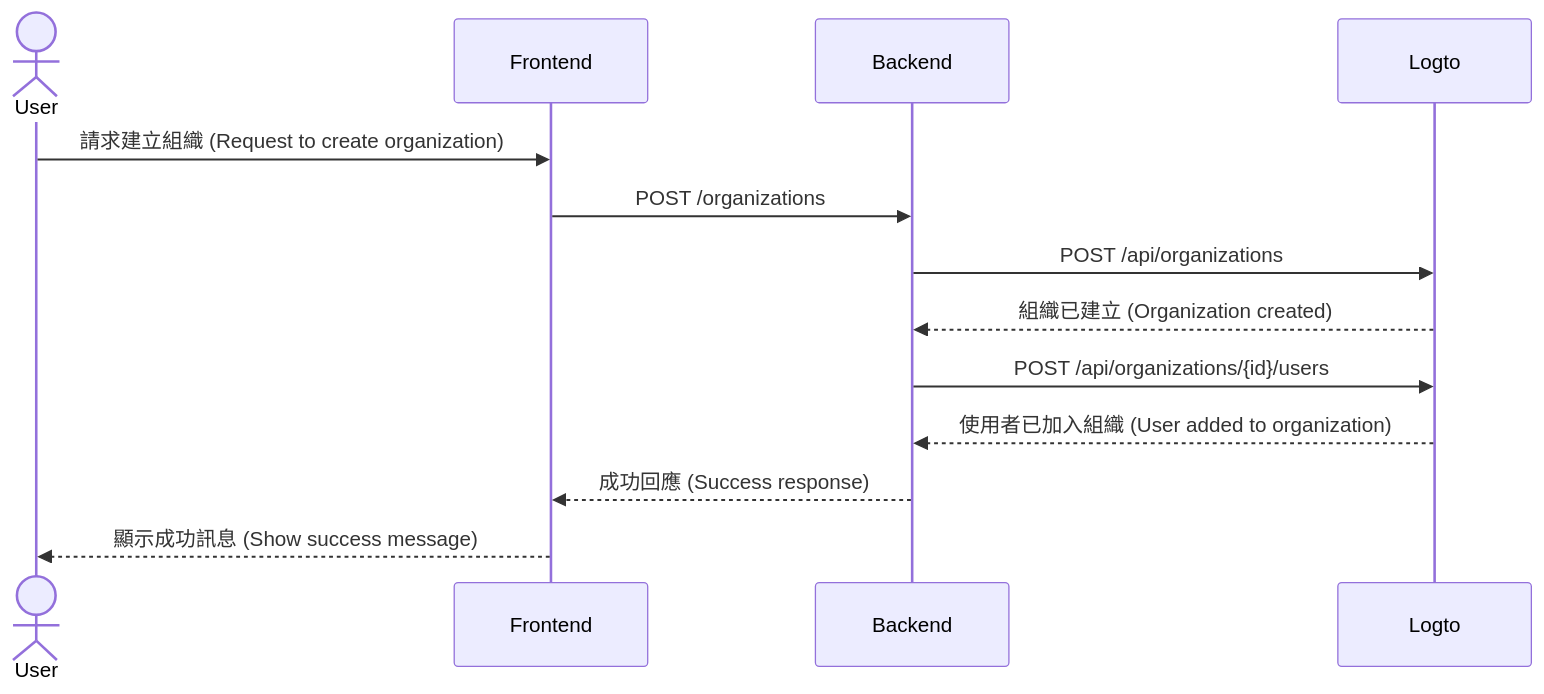
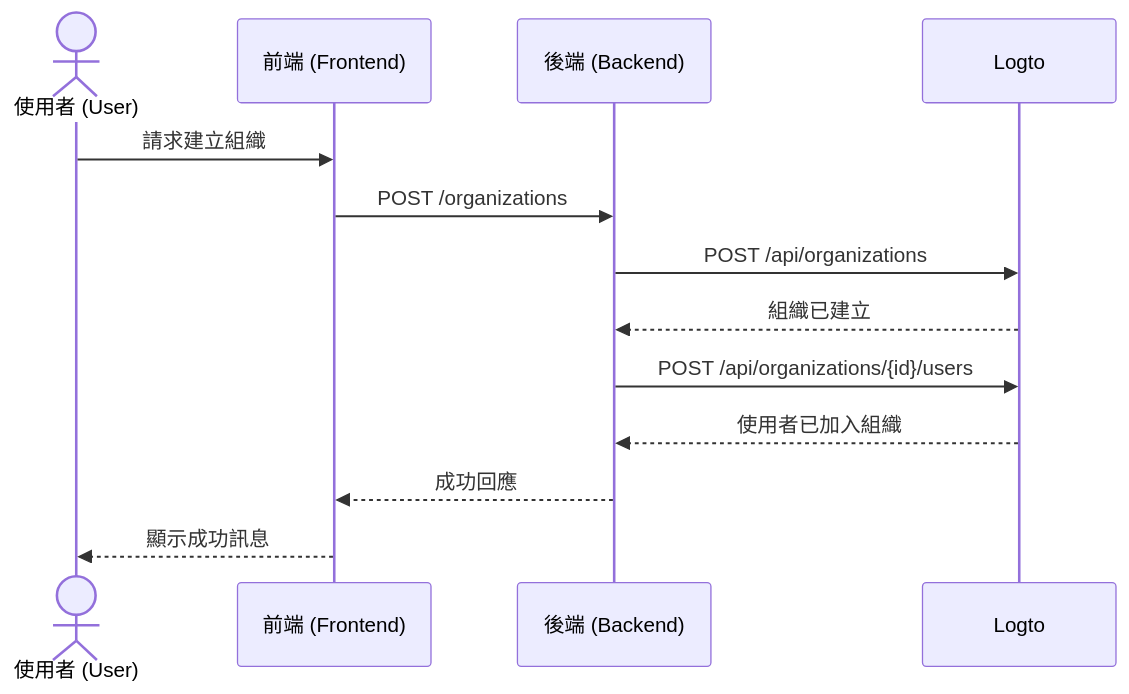
The diagram in i18n/zh-TW/docusaurus-plugin-content-docs/current/end-user-flows/organization-experience/README.mdx (logto-io/docs), drawn with Mermaid before and after one commit. The commit also changed other lines of this file and 19 other files, not shown here.

````diff
--- a/i18n/zh-TW/docusaurus-plugin-content-docs/current/end-user-flows/organization-experience/README.mdx
+++ b/i18n/zh-TW/docusaurus-plugin-content-docs/current/end-user-flows/organization-experience/README.mdx
@@ -31,16 +31,16 @@
 ```mermaid
 sequenceDiagram
-  actor User
-  participant Frontend
-  participant Backend
+  actor 使用者 (User)
+  participant 前端 (Frontend)
+  participant 後端 (Backend)
   participant Logto
 
-  User->>Frontend: 請求建立組織 (Request to create organization)
-  Frontend->>Backend: POST /organizations
-  Backend->>Logto: POST /api/organizations
-  Logto-->>Backend: 組織已建立 (Organization created)
-  Backend->>Logto: POST /api/organizations/{id}/users
-  Logto-->>Backend: 使用者已加入組織 (User added to organization)
-  Backend-->>Frontend: 成功回應 (Success response)
-  Frontend-->>User: 顯示成功訊息 (Show success message)
+  使用者 (User)->>前端 (Frontend): 請求建立組織
+  前端 (Frontend)->>後端 (Backend): POST /organizations
+  後端 (Backend)->>Logto: POST /api/organizations
+  Logto-->>後端 (Backend): 組織已建立
+  後端 (Backend)->>Logto: POST /api/organizations/{id}/users
+  Logto-->>後端 (Backend): 使用者已加入組織
+  後端 (Backend)-->>前端 (Frontend): 成功回應
+  前端 (Frontend)-->>使用者 (User): 顯示成功訊息
 ```
````
